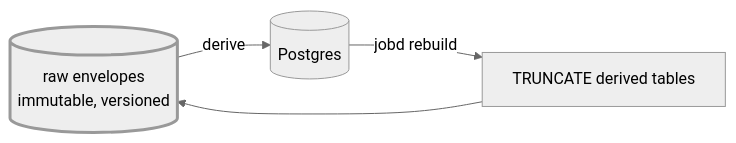
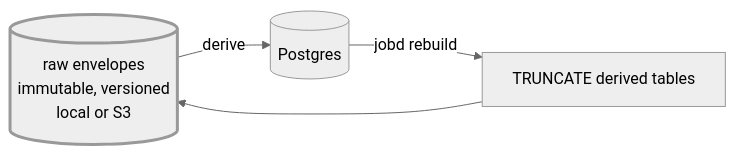
Before and after one commit to rsaim/jobd: the third of 3 diagrams in docs/architecture.md, drawn with Mermaid (neutral theme). The commit also changed other lines of this file and 50 other files, not shown here.

````diff
--- a/docs/architecture.md
+++ b/docs/architecture.md
@@ -122,8 +122,8 @@
 ```mermaid
 flowchart LR
-    s3[(raw envelopes<br/>immutable, versioned)] -->|derive| pg[(Postgres)]
+    storage[(raw envelopes<br/>immutable, versioned<br/>local or S3)] -->|derive| pg[(Postgres)]
     pg -->|"jobd rebuild"| drop[TRUNCATE derived tables]
-    drop --> s3
+    drop --> storage
 
-    style s3 stroke-width:3px
+    style storage stroke-width:3px
 ```
````
